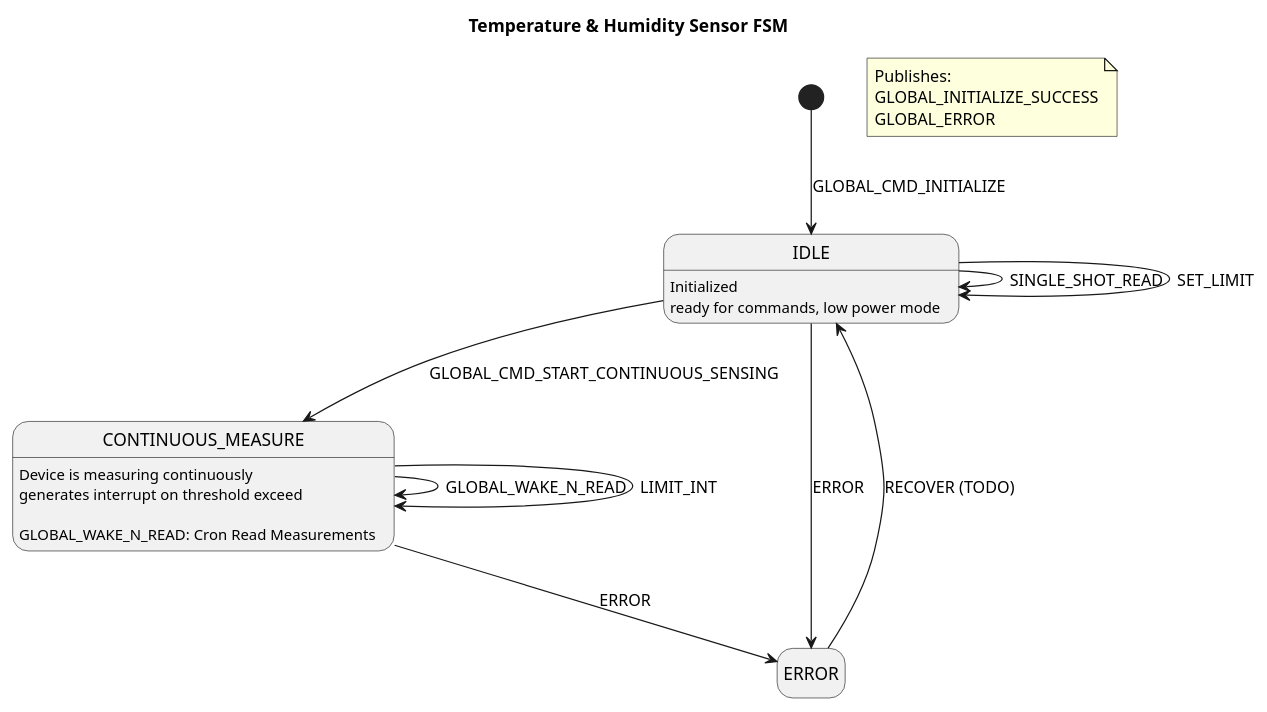
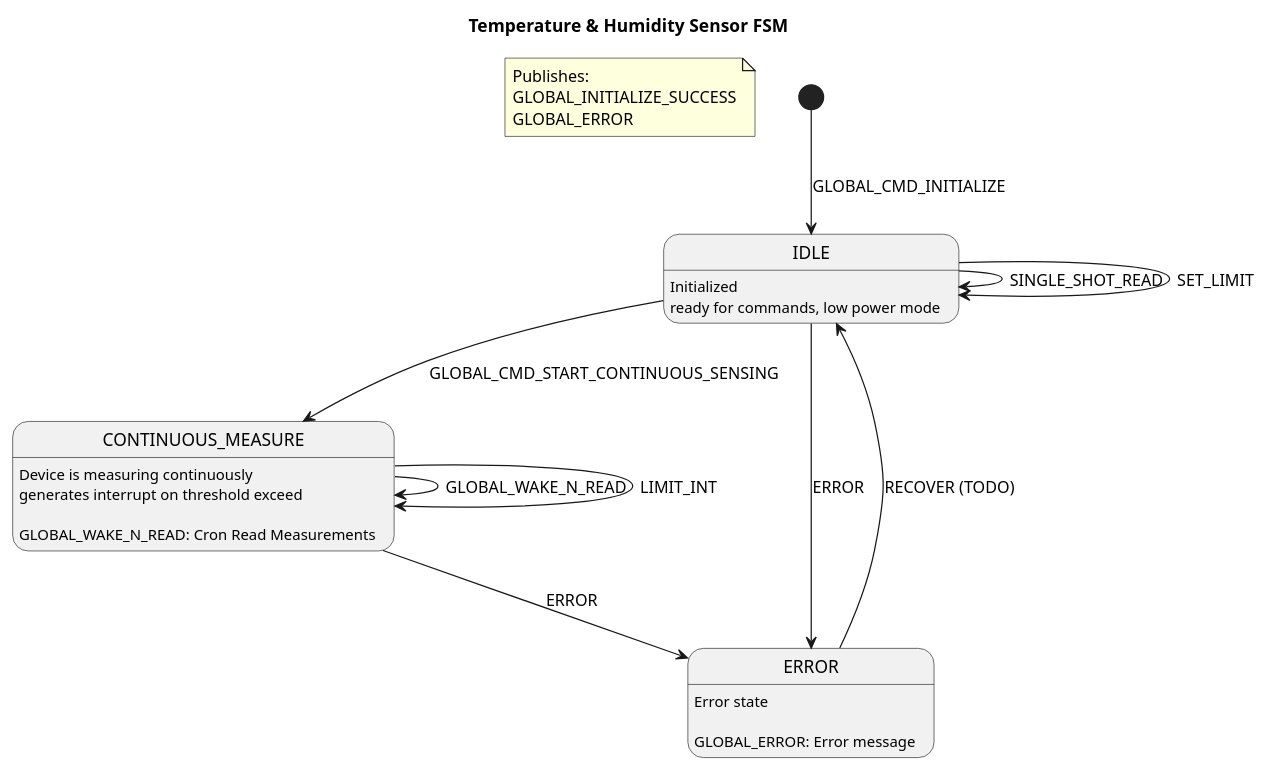
One commit to polesskiy-dev/iot-risk-logger-stm32l4 changed the diagram in firmware/iot-risk-logger-stm32l4/app/tasks/temperature_humidity_sensor/README.md. Above: the diagram before and after it, drawn with PlantUML. The commit also changed 1 other file, not shown here.

Commit message:
:pencil: docs(sensors) prettify FSM description

````diff
--- a/firmware/iot-risk-logger-stm32l4/app/tasks/temperature_humidity_sensor/README.md
+++ b/firmware/iot-risk-logger-stm32l4/app/tasks/temperature_humidity_sensor/README.md
@@ -10,18 +10,25 @@
 ```plantuml
 @startuml
 title Temperature & Humidity Sensor FSM
 hide empty description
+
+note "Publishes: \nGLOBAL_INITIALIZE_SUCCESS\nGLOBAL_ERROR" as N1
+
 IDLE: Initialized\nready for commands, low power mode
 CONTINUOUS_MEASURE: Device is measuring continuously\ngenerates interrupt on threshold exceed\n\nGLOBAL_WAKE_N_READ: Cron Read Measurements
+ERROR: Error state\n\nGLOBAL_ERROR: Error message
+
 [*] --> IDLE : GLOBAL_CMD_INITIALIZE
-note "Publishes: \nGLOBAL_INITIALIZE_SUCCESS\nGLOBAL_ERROR" as N1
+
 IDLE --> IDLE : SINGLE_SHOT_READ
 IDLE --> IDLE : SET_LIMIT
 IDLE --> CONTINUOUS_MEASURE : GLOBAL_CMD_START_CONTINUOUS_SENSING
+IDLE --> ERROR : ERROR
+
 CONTINUOUS_MEASURE --> CONTINUOUS_MEASURE : GLOBAL_WAKE_N_READ
 CONTINUOUS_MEASURE --> CONTINUOUS_MEASURE : LIMIT_INT
+CONTINUOUS_MEASURE --> ERROR : ERROR
+
 ERROR --> IDLE : RECOVER (TODO)
-IDLE --> ERROR : ERROR
-CONTINUOUS_MEASURE --> ERROR : ERROR
 @enduml
 ```
````
